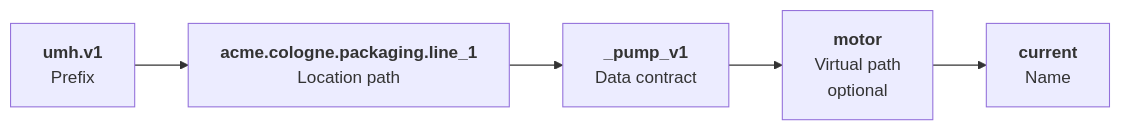
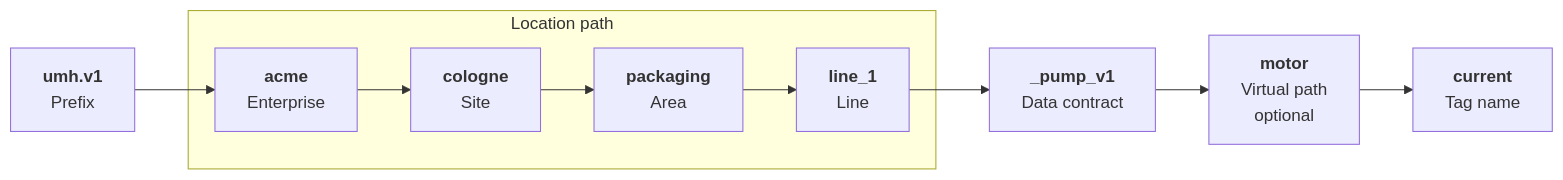
Before and after one commit to united-manufacturing-hub/united-manufacturing-hub: the diagram in umh-core/docs/usage/unified-namespace/topic-convention.md, drawn with Mermaid. The commit also changed other lines of this file, not shown here.

Commit message:
docs(uns): label the location levels, call the last level tag name, drop write flow rules (ENG-7969)

````diff
--- a/umh-core/docs/usage/unified-namespace/topic-convention.md
+++ b/umh-core/docs/usage/unified-namespace/topic-convention.md
@@ -17,9 +17,16 @@
 ```mermaid
 flowchart LR
     P["<b>umh.v1</b><br/>Prefix"]
-    L["<b>acme.cologne.packaging.line_1</b><br/>Location path"]
+    subgraph L["Location path"]
+        L0["<b>acme</b><br/>Enterprise"]
+        L1["<b>cologne</b><br/>Site"]
+        L2["<b>packaging</b><br/>Area"]
+        L3["<b>line_1</b><br/>Line"]
+        L0 --> L1 --> L2 --> L3
+    end
     C["<b>_pump_v1</b><br/>Data contract"]
     V["<b>motor</b><br/>Virtual path<br/>optional"]
-    N["<b>current</b><br/>Name"]
-    P --> L --> C --> V --> N
+    N["<b>current</b><br/>Tag name"]
+    P --> L0
+    L3 --> C --> V --> N
 ```
````
